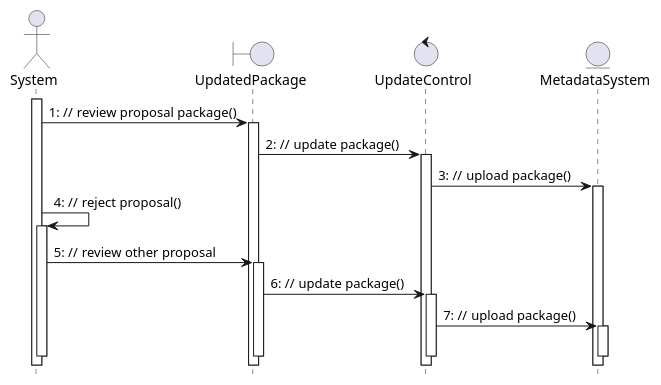
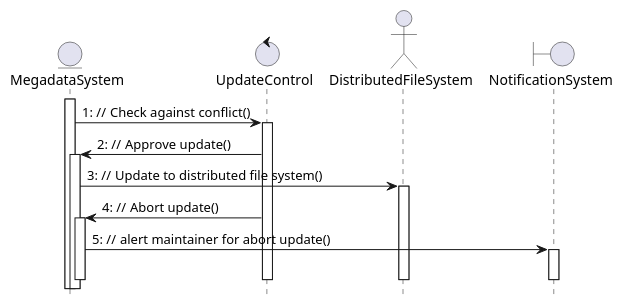
The fifth of 5 diagrams in source/solution/use-case-analysis.rst (McSinyx/ipppi), drawn with PlantUML before and after one commit. The commit also changed other lines of this file, not shown here.

Commit message:
update use case: Update

```diff
--- a/source/solution/use-case-analysis.rst
+++ b/source/solution/use-case-analysis.rst
@@ -138,23 +138,21 @@
 .. uml::
 
    autonumber "#: //"
    autoactivate on
    hide footbox
 
-   actor System 
-   boundary UpdatedPackage
+   entity MegadataSystem 
    control UpdateControl    
-   entity MetadataSystem
-
-   activate System
-   System -> UpdatedPackage :review proposal package()
-   UpdatedPackage -> UpdateControl : update package()
-   UpdateControl -> MetadataSystem : upload package()
-   System -> System : reject proposal()
-   System -> UpdatedPackage :review other proposal
-   UpdatedPackage -> UpdateControl : update package()
-   UpdateControl -> MetadataSystem : upload package()
-   deactivate System
-   deactivate MetadataSystem
+   actor DistributedFileSystem
+   boundary NotificationSystem
+   
+   activate MegadataSystem
+   MegadataSystem -> UpdateControl : Check against conflict()
+   UpdateControl -> MegadataSystem : Approve update()
+   MegadataSystem -> DistributedFileSystem : Update to distributed file system()
+   UpdateControl -> MegadataSystem : Abort update()
+   MegadataSystem -> NotificationSystem : alert maintainer for abort update()
+   deactivate MegadataSystem
    deactivate UpdateControl
-   deactivate UpdatedPackage
+   deactivate NotificationSystem
+   deactivate DistributedFileSystem
```
